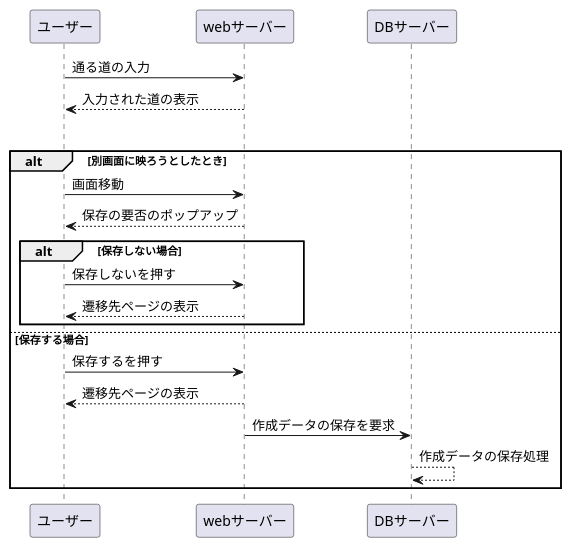
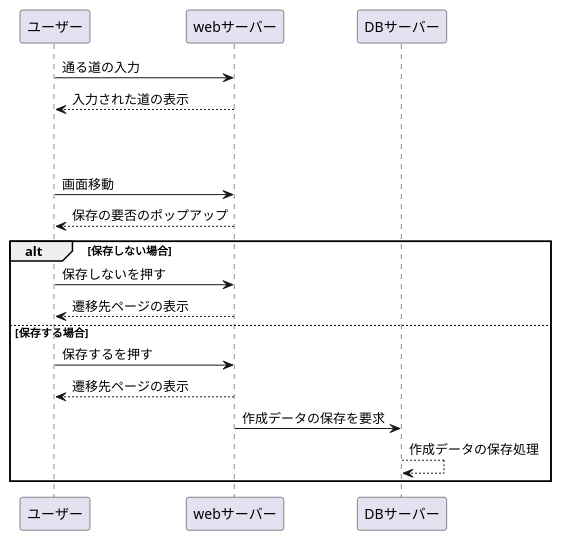
Before and after one commit to AsoSD3A3/CyclingSystem: the diagram in 業務フロー図/rootcreate_flow.md, drawn with PlantUML.

````diff
--- a/業務フロー図/rootcreate_flow.md
+++ b/業務フロー図/rootcreate_flow.md
@@ -1,27 +1,27 @@
 ```uml
 @startuml
 
 ユーザー -> webサーバー : 通る道の入力
 webサーバー --> ユーザー : 入力された道の表示
 
 opt 途中で作成を中断する場合
 
 alt 別画面に映ろうとしたとき
 ユーザー -> webサーバー : 画面移動
 webサーバー --> ユーザー : 保存の要否のポップアップ
 
 alt 保存しない場合
 ユーザー -> webサーバー : 保存しないを押す
 webサーバー --> ユーザー : 遷移先ページの表示
-end
+
 
 else 保存する場合
 ユーザー -> webサーバー : 保存するを押す
 webサーバー --> ユーザー : 遷移先ページの表示
 webサーバー -> DBサーバー : 作成データの保存を要求
 DBサーバー --> DBサーバー : 作成データの保存処理
 end
 
 
 @enduml
 ```
````
